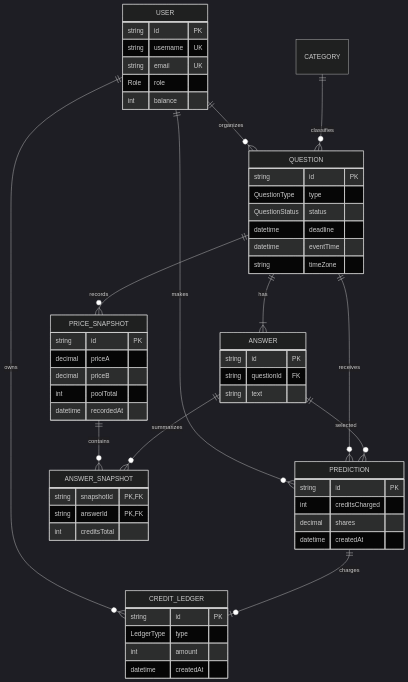
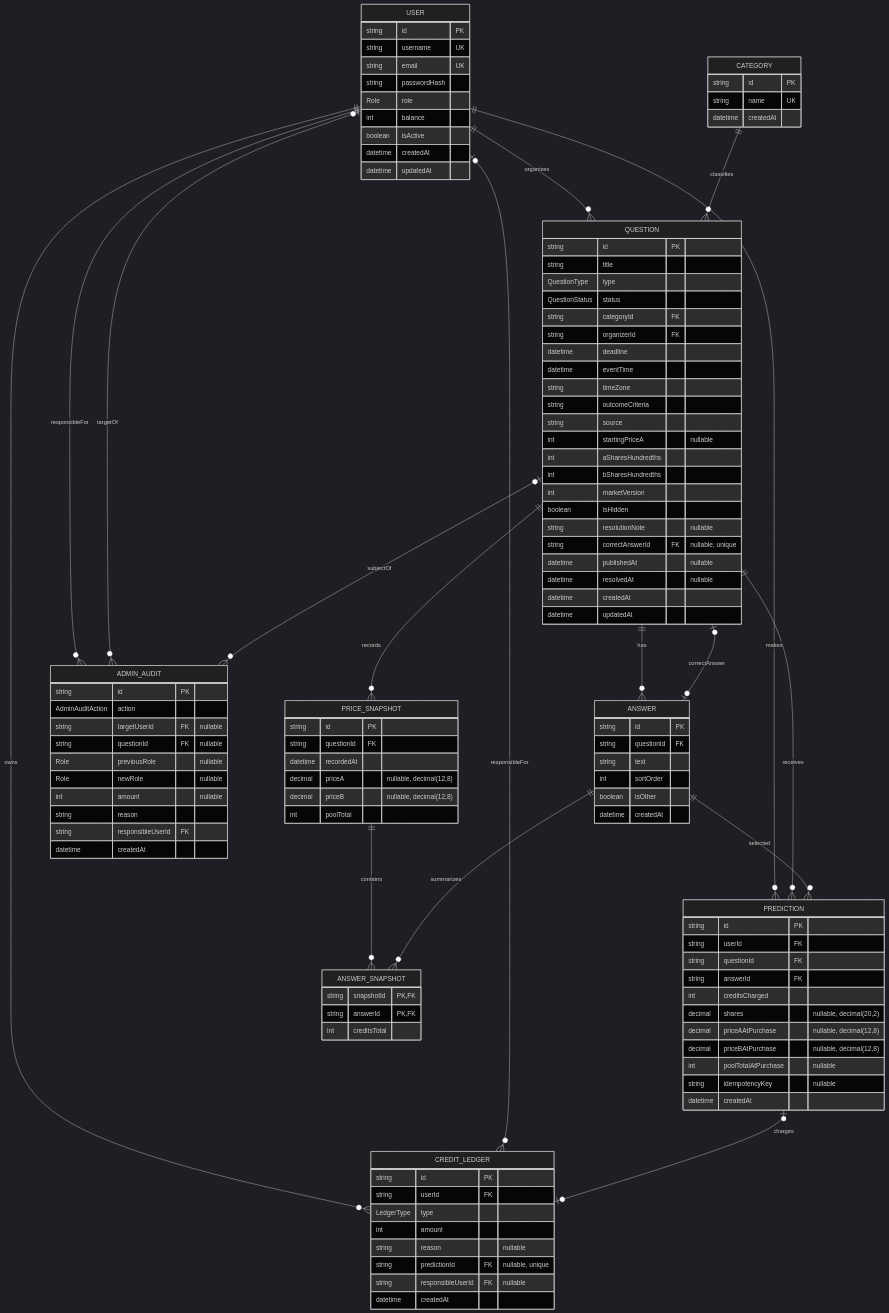
The diagram in docs/SCHEMA.md (chenx16/cs6983-p2-team10), drawn with Mermaid (dark theme) before and after one commit. The commit also changed other lines of this file and 5 other files, not shown here.

````diff
--- a/docs/SCHEMA.md
+++ b/docs/SCHEMA.md
@@ -6,55 +7,112 @@
 ```mermaid
 erDiagram
     USER ||--o{ QUESTION : organizes
+    CATEGORY ||--o{ QUESTION : classifies
+    QUESTION ||--o{ ANSWER : has
+    QUESTION o|--o| ANSWER : correctAnswer
     USER ||--o{ PREDICTION : makes
-    USER ||--o{ CREDIT_LEDGER : owns
-    CATEGORY ||--o{ QUESTION : classifies
-    QUESTION ||--|{ ANSWER : has
     QUESTION ||--o{ PREDICTION : receives
     ANSWER ||--o{ PREDICTION : selected
+    USER ||--o{ CREDIT_LEDGER : owns
+    USER o|--o{ CREDIT_LEDGER : responsibleFor
+    PREDICTION o|--o| CREDIT_LEDGER : charges
+    USER ||--o{ ADMIN_AUDIT : responsibleFor
+    USER o|--o{ ADMIN_AUDIT : targetOf
+    QUESTION o|--o{ ADMIN_AUDIT : subjectOf
     QUESTION ||--o{ PRICE_SNAPSHOT : records
     PRICE_SNAPSHOT ||--o{ ANSWER_SNAPSHOT : contains
     ANSWER ||--o{ ANSWER_SNAPSHOT : summarizes
-    PREDICTION ||--o| CREDIT_LEDGER : charges
 
     USER {
       string id PK
       string username UK
       string email UK
+      string passwordHash
       Role role
       int balance
+      boolean isActive
+      datetime createdAt
+      datetime updatedAt
+    }
+    CATEGORY {
+      string id PK
+      string name UK
+      datetime createdAt
     }
     QUESTION {
       string id PK
+      string title
       QuestionType type
       QuestionStatus status
+      string categoryId FK
+      string organizerId FK
       datetime deadline
       datetime eventTime
       string timeZone
+      string outcomeCriteria
+      string source
+      int startingPriceA "nullable"
+      int aSharesHundredths
+      int bSharesHundredths
+      int marketVersion
+      boolean isHidden
+      string resolutionNote "nullable"
+      string correctAnswerId FK "nullable, unique"
+      datetime publishedAt "nullable"
+      datetime resolvedAt "nullable"
+      datetime createdAt
+      datetime updatedAt
+    }
+    ADMIN_AUDIT {
+      string id PK
+      AdminAuditAction action
+      string targetUserId FK "nullable"
+      string questionId FK "nullable"
+      Role previousRole "nullable"
+      Role newRole "nullable"
+      int amount "nullable"
+      string reason
+      string responsibleUserId FK
+      datetime createdAt
     }
     ANSWER {
       string id PK
       string questionId FK
       string text
+      int sortOrder
+      boolean isOther
+      datetime createdAt
     }
     PREDICTION {
       string id PK
+      string userId FK
+      string questionId FK
+      string answerId FK
       int creditsCharged
-      decimal shares
+      decimal shares "nullable, decimal(20,2)"
+      decimal priceAAtPurchase "nullable, decimal(12,8)"
+      decimal priceBAtPurchase "nullable, decimal(12,8)"
+      int poolTotalAtPurchase "nullable"
+      string idempotencyKey "nullable"
       datetime createdAt
     }
     CREDIT_LEDGER {
       string id PK
+      string userId FK
       LedgerType type
       int amount
+      string reason "nullable"
+      string predictionId FK "nullable, unique"
+      string responsibleUserId FK "nullable"
       datetime createdAt
     }
     PRICE_SNAPSHOT {
       string id PK
-      decimal priceA
-      decimal priceB
+      string questionId FK
+      datetime recordedAt
+      decimal priceA "nullable, decimal(12,8)"
+      decimal priceB "nullable, decimal(12,8)"
       int poolTotal
-      datetime recordedAt
     }
     ANSWER_SNAPSHOT {
       string snapshotId PK, FK
````
